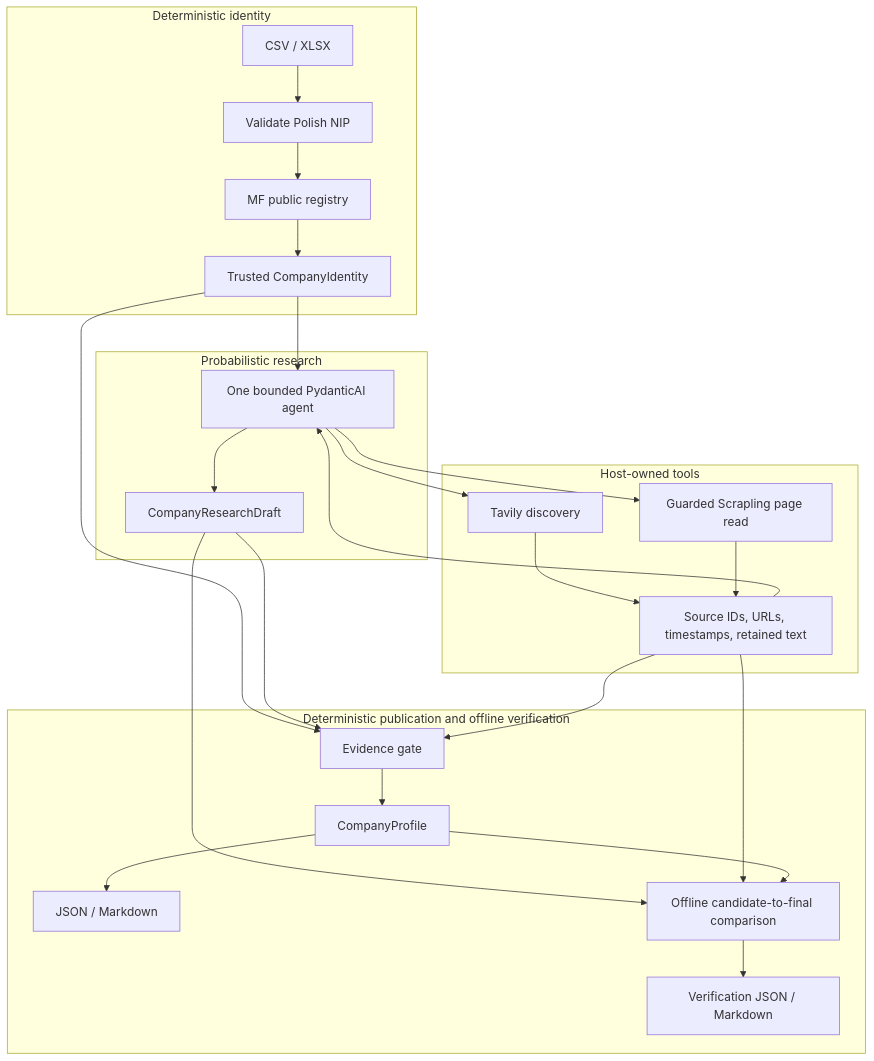
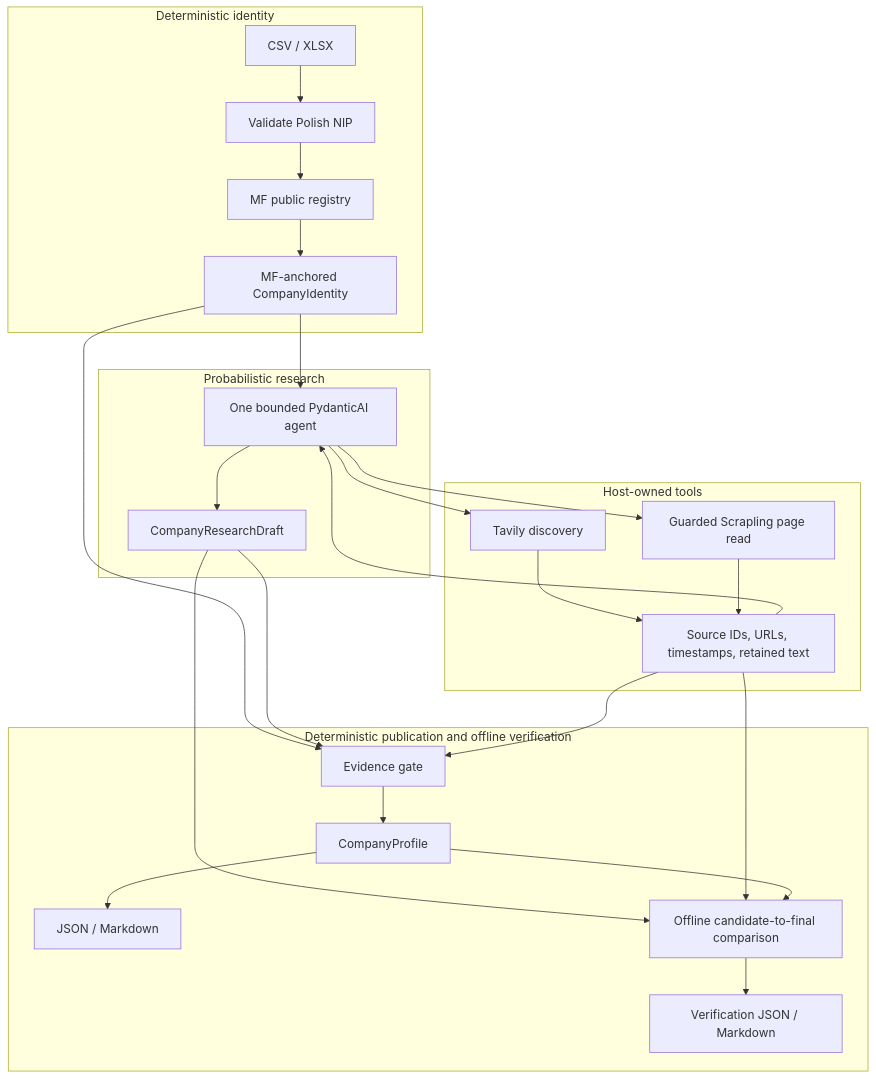
Before and after one commit to TomaszGonczar/company-bi-research-agent: the diagram in README.md, drawn with Mermaid. The commit also changed other lines of this file and 4 other files, not shown here.

````diff
--- a/README.md
+++ b/README.md
@@ -39,30 +39,30 @@
 ```mermaid
 flowchart TD
   subgraph I["Deterministic identity"]
     CSV["CSV / XLSX"] --> NIP["Validate Polish NIP"]
     NIP --> MF["MF public registry"]
-    MF --> Identity["Trusted CompanyIdentity"]
+    MF --> Identity["MF-anchored CompanyIdentity"]
   end
   subgraph A["Probabilistic research"]
     Agent["One bounded PydanticAI agent"] --> Draft["CompanyResearchDraft"]
   end
   subgraph H["Host-owned tools"]
     Search["Tavily discovery"] --> Sources["Source IDs, URLs, timestamps, retained text"]
     Read["Guarded Scrapling page read"] --> Sources
   end
   Identity --> Agent
   Agent --> Search
   Agent --> Read
   Sources --> Agent
   subgraph P["Deterministic publication and offline verification"]
     Identity --> Gate["Evidence gate"]
     Draft --> Gate
     Sources --> Gate
     Gate --> Profile["CompanyProfile"]
     Profile --> Reports["JSON / Markdown"]
     Draft --> Verify["Offline candidate-to-final comparison"]
     Sources --> Verify
     Profile --> Verify
     Verify --> VReports["Verification JSON / Markdown"]
   end
 ```
````
